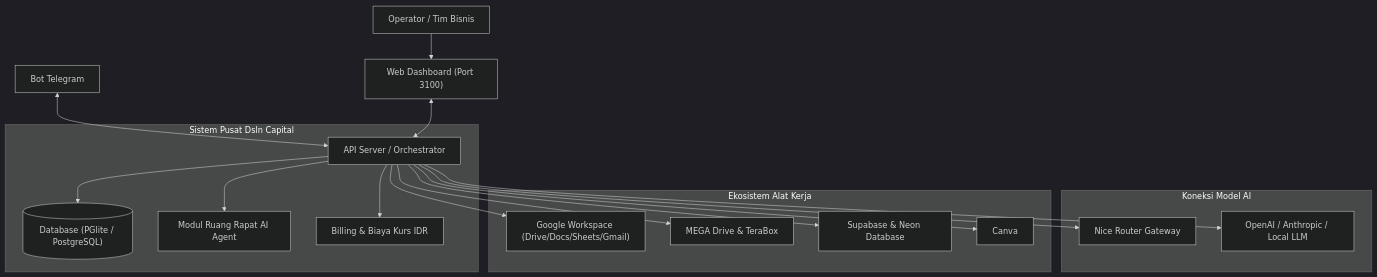
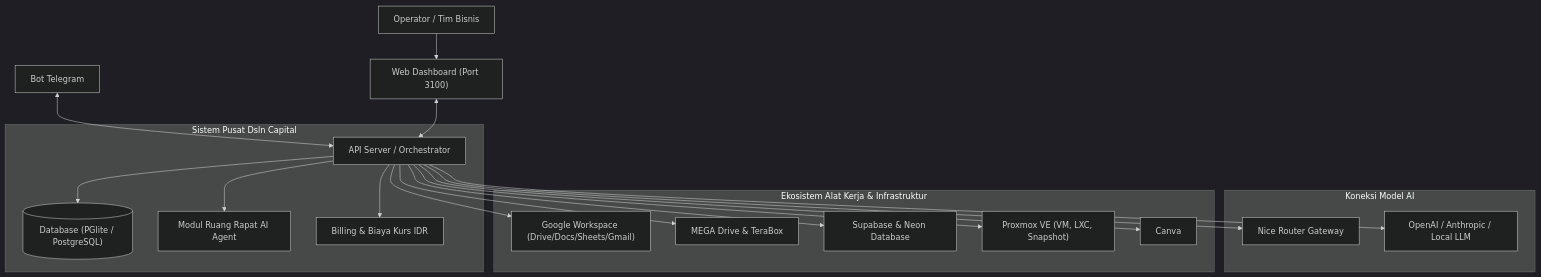
Before and after one commit to Deni-SLN/dsln-capital-fork-paperclip: the diagram in README.md, drawn with Mermaid (dark theme). The commit also changed other lines of this file and 4 other files, not shown here.

Commit message:
feat(proxmox): add Proxmox VE management skill, CLI tool, and MCP server for AI agents

````diff
--- a/README.md
+++ b/README.md
@@ -54,24 +59,25 @@
 ```mermaid
 flowchart TD
     User["Operator / Tim Bisnis"] --> WebUI["Web Dashboard (Port 3100)"]
     Telegram["Bot Telegram"] <--> Server["API Server / Orchestrator"]
     WebUI <--> Server
 
     subgraph Core ["Sistem Pusat Dsln Capital"]
         Server --> DB[("Database (PGlite / PostgreSQL)")]
         Server --> Meeting["Modul Ruang Rapat AI Agent"]
         Server --> Billing["Billing & Biaya Kurs IDR"]
     end
 
     subgraph Providers ["Koneksi Model AI"]
         Server --> NiceRouter["Nice Router Gateway"]
         Server --> AIProviders["OpenAI / Anthropic / Local LLM"]
     end
 
-    subgraph Tools ["Ekosistem Alat Kerja"]
+    subgraph Tools ["Ekosistem Alat Kerja & Infrastruktur"]
         Server --> GoogleWS["Google Workspace (Drive/Docs/Sheets/Gmail)"]
         Server --> CloudStorage["MEGA Drive & TeraBox"]
         Server --> DataDB["Supabase & Neon Database"]
+        Server --> ProxmoxInfra["Proxmox VE (VM, LXC, Snapshot)"]
         Server --> Creative["Canva"]
     end
 ```
````
